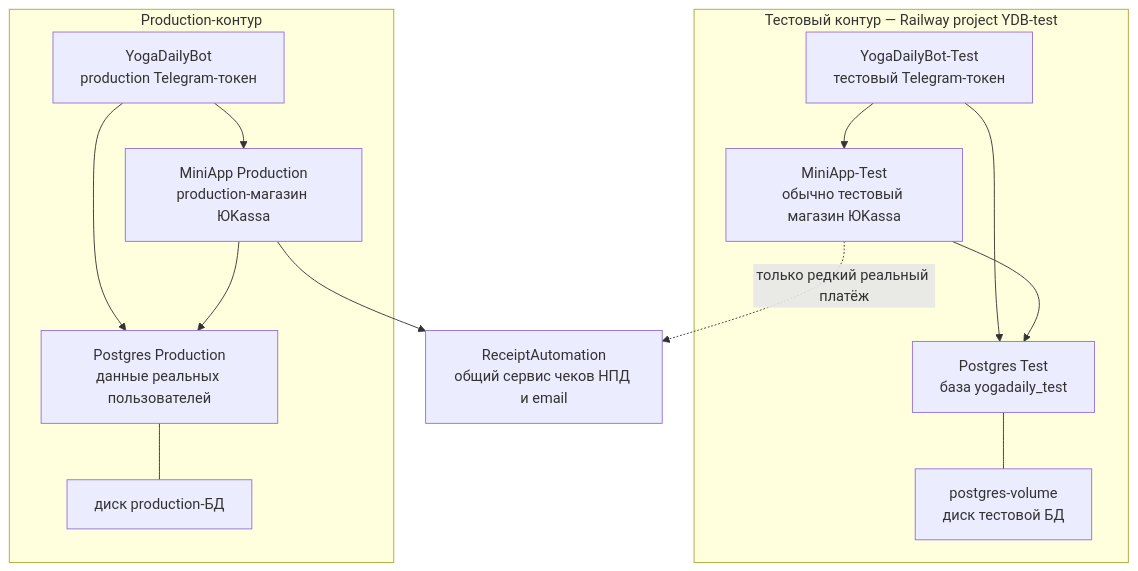
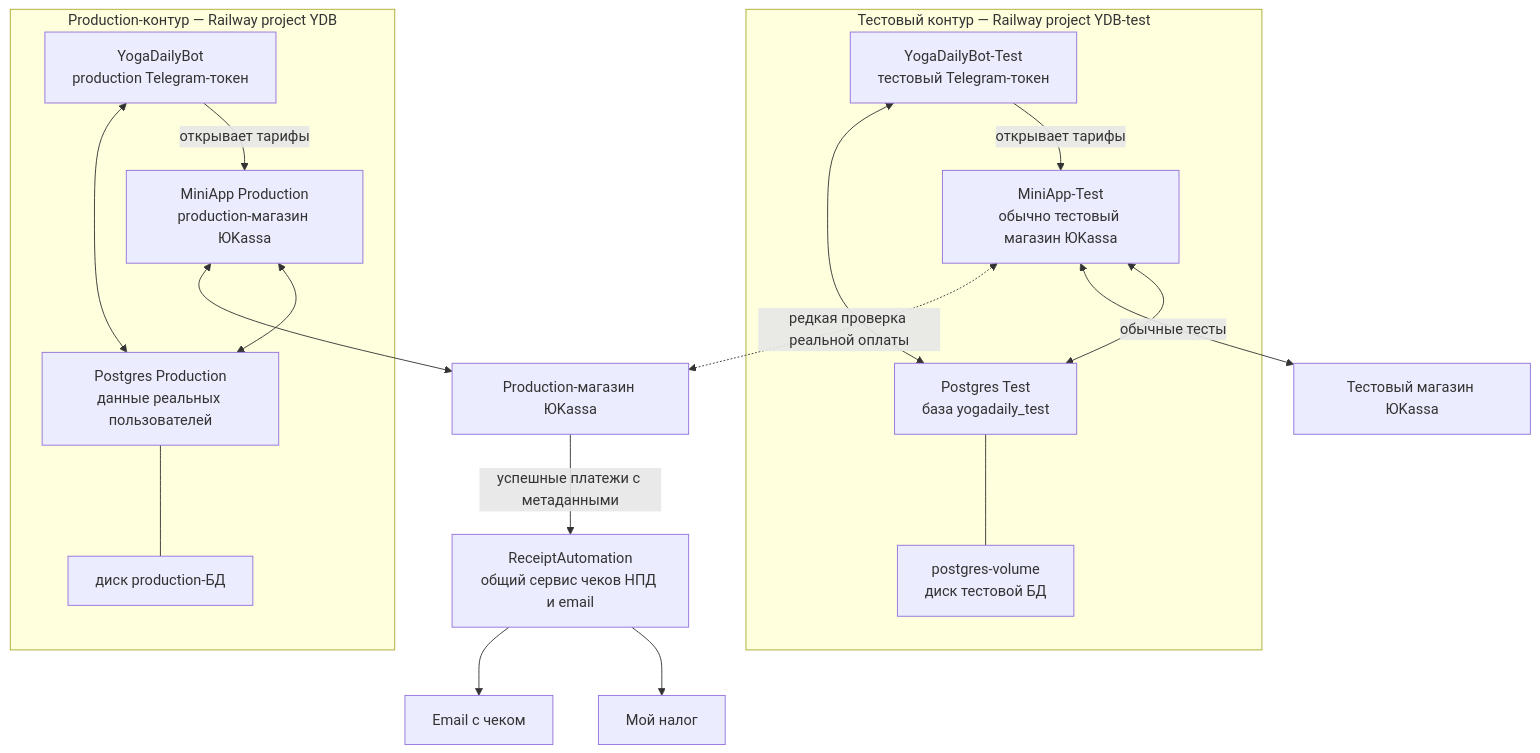
One commit to strello4ka/YogaDailyBot changed the first of 3 diagrams in README.md. Above: the diagram before and after it, drawn with Mermaid. The commit also changed other lines of this file and 22 other files, not shown here.

````diff
--- a/README.md
+++ b/README.md
@@ -91,30 +91,39 @@
 ```mermaid
 flowchart TB
     subgraph TEST["Тестовый контур — Railway project YDB-test"]
         TB["YogaDailyBot-Test<br/>тестовый Telegram-токен"]
         TM["MiniApp-Test<br/>обычно тестовый магазин ЮKassa"]
         TDB["Postgres Test<br/>база yogadaily_test"]
         TV["postgres-volume<br/>диск тестовой БД"]
 
-        TB --> TM
-        TB --> TDB
-        TM --> TDB
+        TB -->|"открывает тарифы"| TM
+        TB <--> TDB
+        TM <--> TDB
         TDB --- TV
     end
 
-    subgraph PROD["Production-контур"]
+    subgraph PROD["Production-контур — Railway project YDB"]
         PB["YogaDailyBot<br/>production Telegram-токен"]
         PM["MiniApp Production<br/>production-магазин ЮKassa"]
         PDB["Postgres Production<br/>данные реальных пользователей"]
         PV["диск production-БД"]
 
-        PB --> PM
-        PB --> PDB
-        PM --> PDB
+        PB -->|"открывает тарифы"| PM
+        PB <--> PDB
+        PM <--> PDB
         PDB --- PV
     end
 
+    TS["Тестовый магазин ЮKassa"]
+    LS["Production-магазин ЮKassa"]
     RA["ReceiptAutomation<br/>общий сервис чеков НПД и email"]
-    TM -. "только редкий реальный платёж" .-> RA
-    PM --> RA
+    MN["Мой налог"]
+    EMAIL["Email с чеком"]
+
+    TM <-->|"обычные тесты"| TS
+    TM <-.->|"редкая проверка реальной оплаты"| LS
+    PM <--> LS
+    LS -->|"успешные платежи с метаданными"| RA
+    RA --> MN
+    RA --> EMAIL
 ```
````
